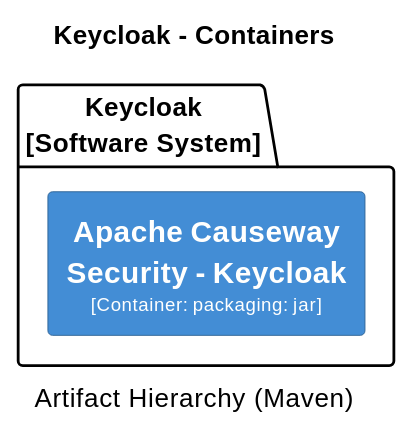
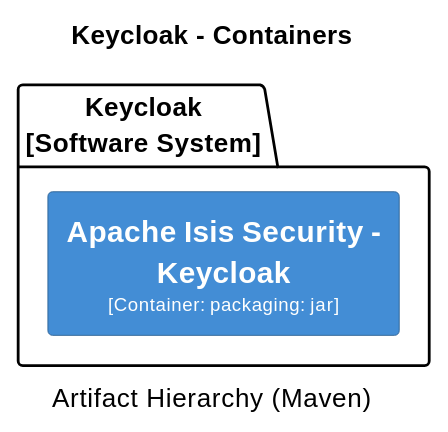
Diagram 12 of 32 in core/adoc/modules/_overview/pages/about.adoc (Supermajestcd/XMP--toolkits), drawn with PlantUML before and after one commit. The commit also changed other lines of this file and 13599 other files, not shown here.

```diff
--- a/core/adoc/modules/_overview/pages/about.adoc
+++ b/core/adoc/modules/_overview/pages/about.adoc
@@ -2288,25 +2229,25 @@
 [plantuml,Keycloak,svg]
 ----
 @startuml(id=Keycloak)
 title Keycloak - Containers
 caption Artifact Hierarchy (Maven)
 
 skinparam {
   shadowing false
   arrowFontSize 10
   defaultTextAlignment center
   wrapWidth 200
   maxMessageSize 100
 }
 hide stereotype
 left to right direction
 skinparam rectangle<<2>> {
   BackgroundColor #438dd5
   FontColor #fffffe
   BorderColor #2E6295
 }
 package "Keycloak\n[Software System]" {
-  rectangle "==Apache Causeway Security - Keycloak\n<size:10>[Container: packaging: jar]</size>" <<2>> as 2
+  rectangle "==Apache Isis Security - Keycloak\n<size:10>[Container: packaging: jar]</size>" <<2>> as 2
 }
 @enduml
 ----
```
